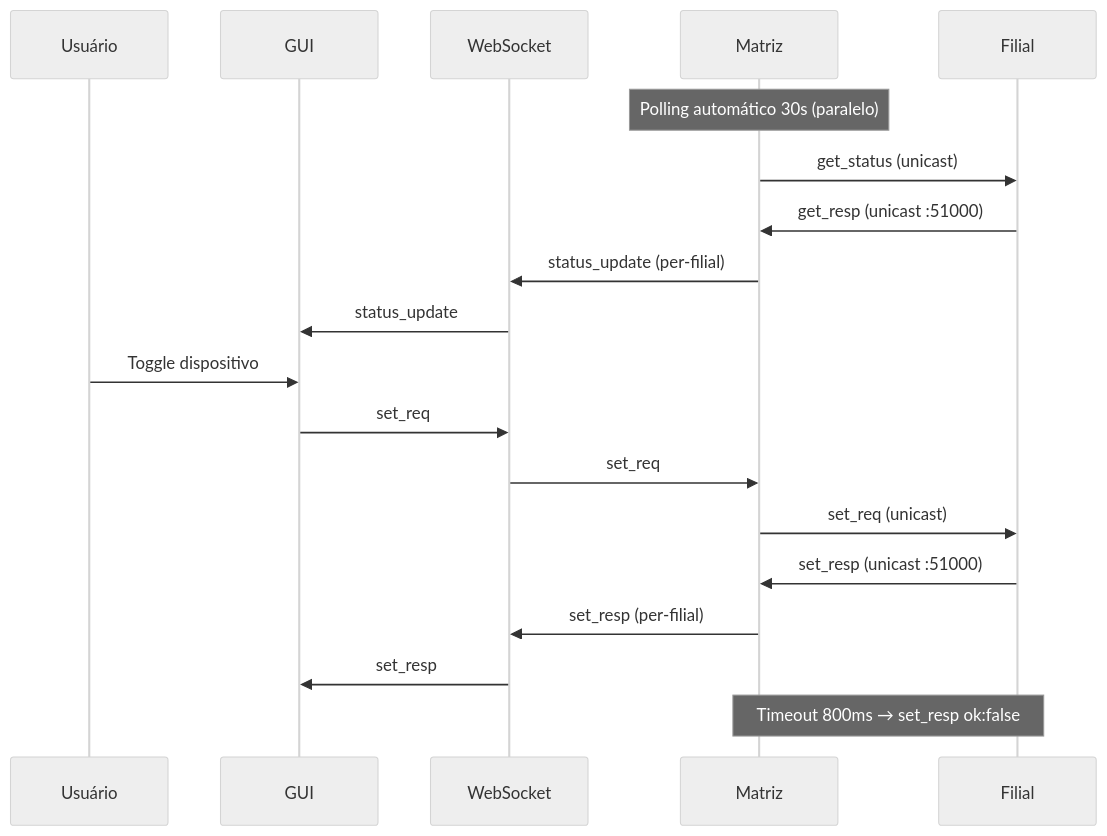
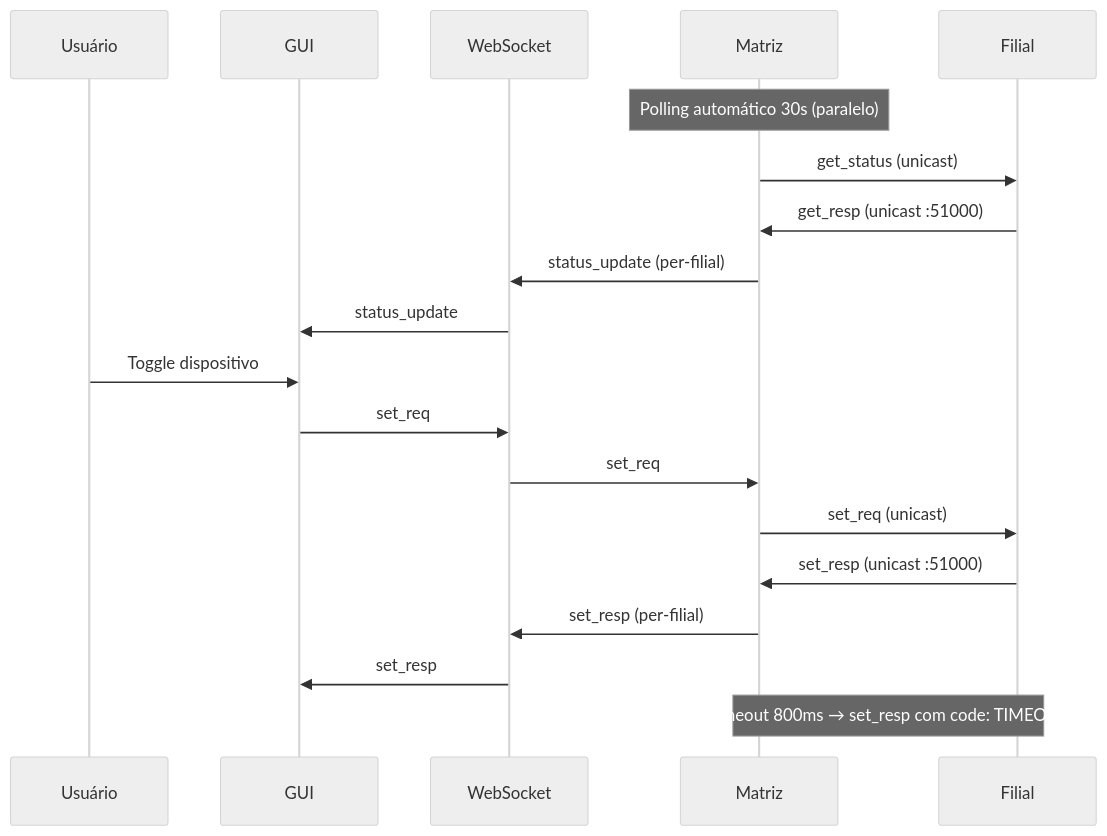
Before and after one commit to gugacarbo/UDP-IOT-Redes-AV3-3: the second of 4 diagrams in docs/03-fluxos.md, drawn with Mermaid (neutral theme). The commit also changed 6 other files, not shown here.

````diff
--- a/docs/03-fluxos.md
+++ b/docs/03-fluxos.md
@@ -51,25 +51,25 @@
 ```mermaid
 sequenceDiagram
     participant U as Usuário
     participant G as GUI
     participant WS as WebSocket
     participant M as Matriz
     participant F as Filial
 
     Note over M: Polling automático 30s (paralelo)
 
     M->>F: get_status (unicast)
     F->>M: get_resp (unicast :51000)
     M->>WS: status_update (per-filial)
     WS->>G: status_update
 
     U->>G: Toggle dispositivo
     G->>WS: set_req
     WS->>M: set_req
     M->>F: set_req (unicast)
     F->>M: set_resp (unicast :51000)
     M->>WS: set_resp (per-filial)
     WS->>G: set_resp
 
-    Note over M,F: Timeout 800ms → set_resp ok:false
+    Note over M,F: Timeout 800ms → set_resp com code: TIMEOUT
 ```
````
